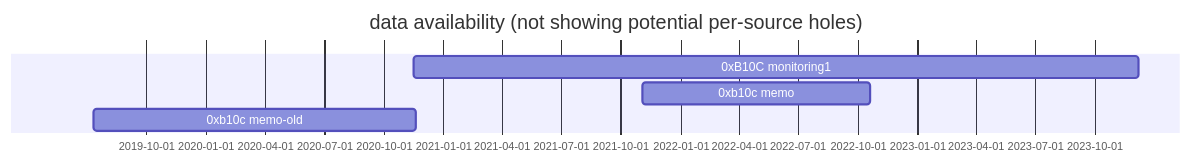
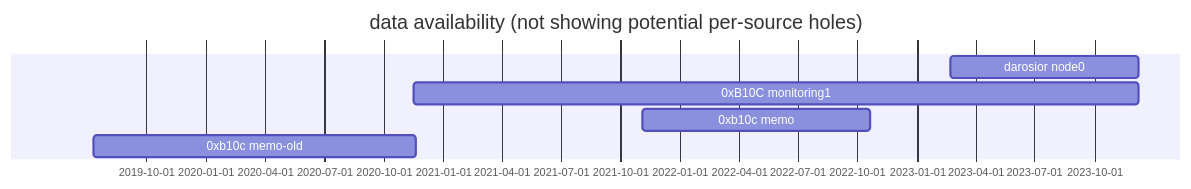
Before and after one commit to bitcoin-data/block-arrival-times: the diagram in README.md, drawn with Mermaid. The commit also changed 1 other file, not shown here.

Commit message:
add: darosior timestamps till 820232
via https://twitter.com/darosior/status/1733036927723487730
https://pixeldrain.com/u/FXPeTA8a

````diff
--- a/README.md
+++ b/README.md
@@ -56,11 +56,12 @@
 ```mermaid
 gantt
 dateFormat x
 title data availability (not showing potential per-source holes)
 todayMarker off
 
+darosior node0: 1676970378000, 1702022714000
 0xB10C monitoring1: 1605513978094, 1701968604513
 0xb10c memo: 1635945250000, 1666268995000
 0xb10c memo-old: 1562848974000, 1605772694000
 
 ```
````
